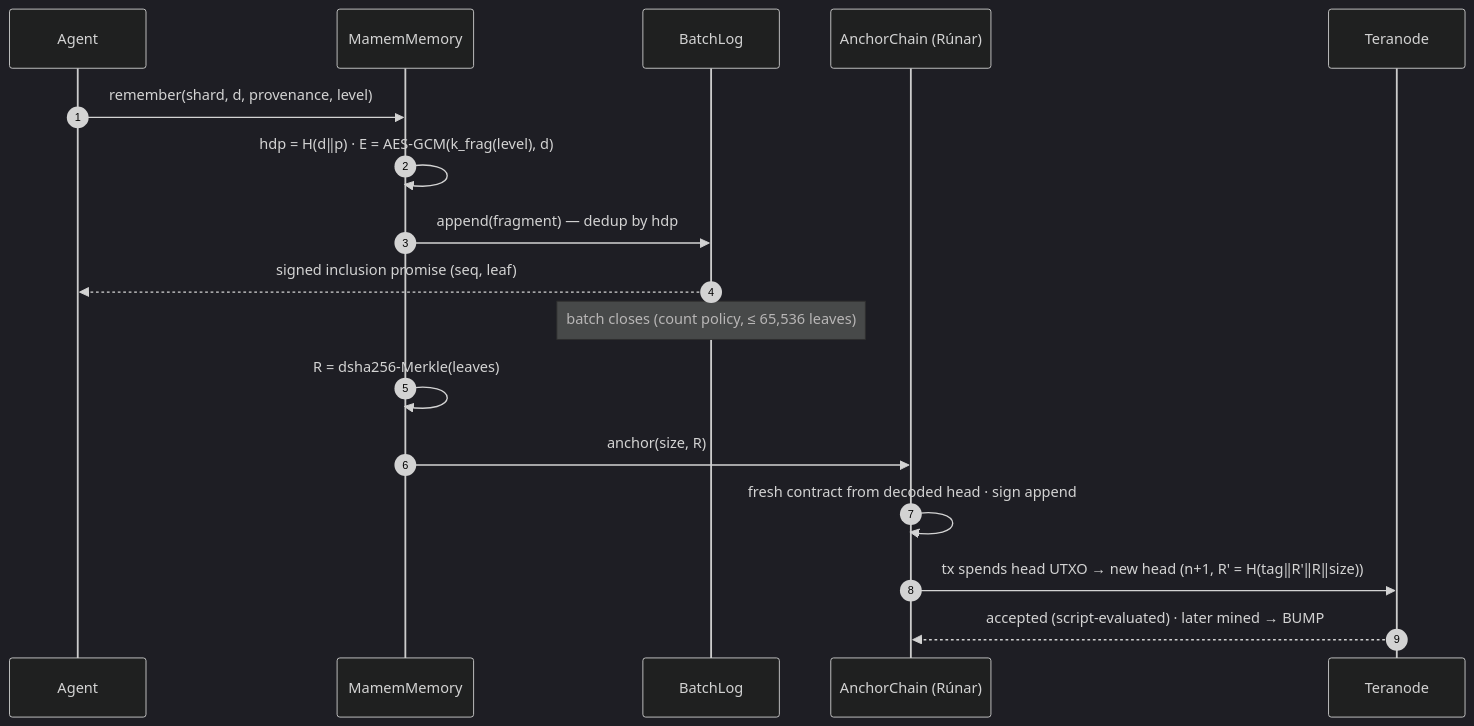
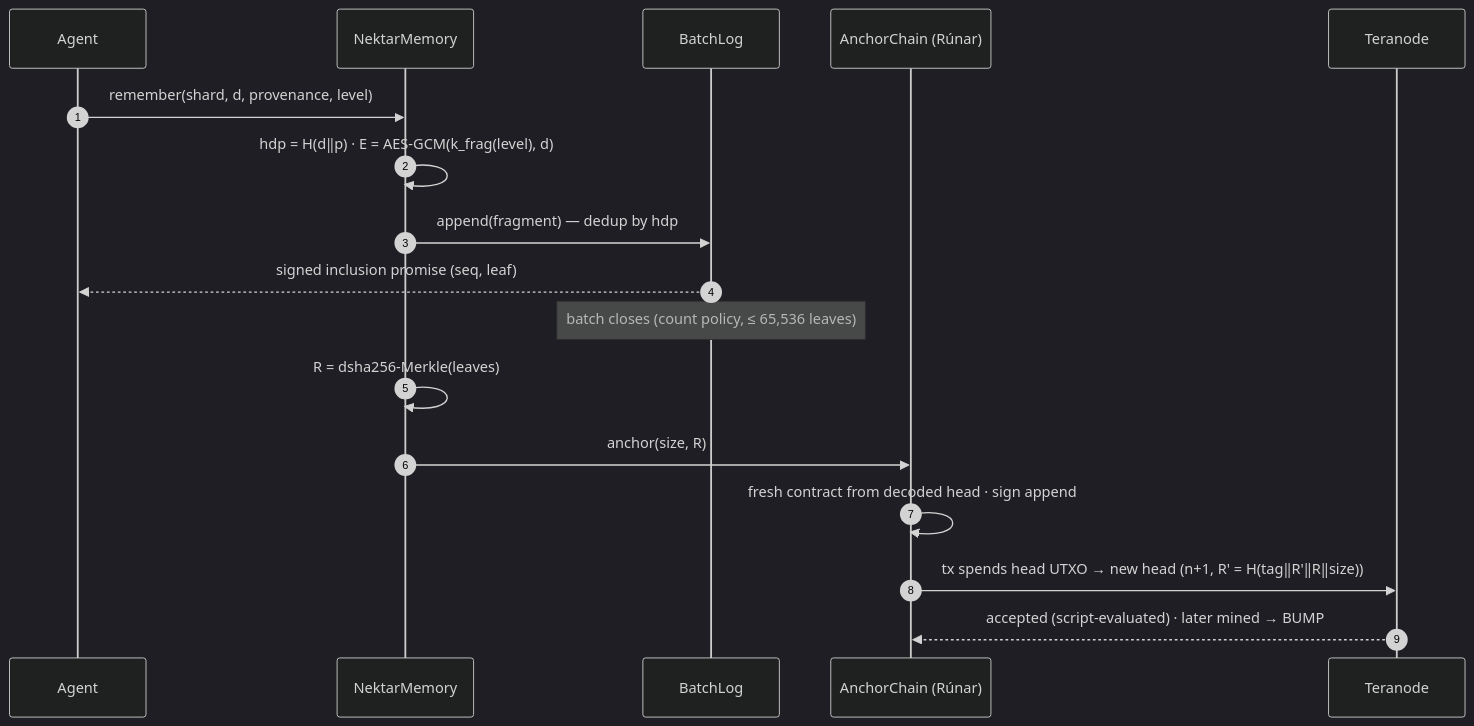
Before and after one commit to kryptokrates/nektar: the third of 14 diagrams in docs/ARCHITECTURE.md, drawn with Mermaid (dark theme). The commit also changed other lines of this file and 297 other files, not shown here.

First line of the commit message:
Rename project mamem → nektar

````diff
--- a/docs/ARCHITECTURE.md
+++ b/docs/ARCHITECTURE.md
@@ -83,19 +83,19 @@
 ```mermaid
 sequenceDiagram
   autonumber
   participant A as Agent
-  participant M as MamemMemory
+  participant M as NektarMemory
   participant L as BatchLog
   participant C as AnchorChain (Rúnar)
   participant T as Teranode
   A->>M: remember(shard, d, provenance, level)
   M->>M: hdp = H(d‖p) · E = AES-GCM(k_frag(level), d)
   M->>L: append(fragment) — dedup by hdp
   L-->>A: signed inclusion promise (seq, leaf)
   Note over L: batch closes (count policy, ≤ 65,536 leaves)
   M->>M: R = dsha256-Merkle(leaves)
   M->>C: anchor(size, R)
   C->>C: fresh contract from decoded head · sign append
   C->>T: tx spends head UTXO → new head (n+1, R' = H(tag‖R'‖R‖size))
   T-->>C: accepted (script-evaluated) · later mined → BUMP
 ```
````
